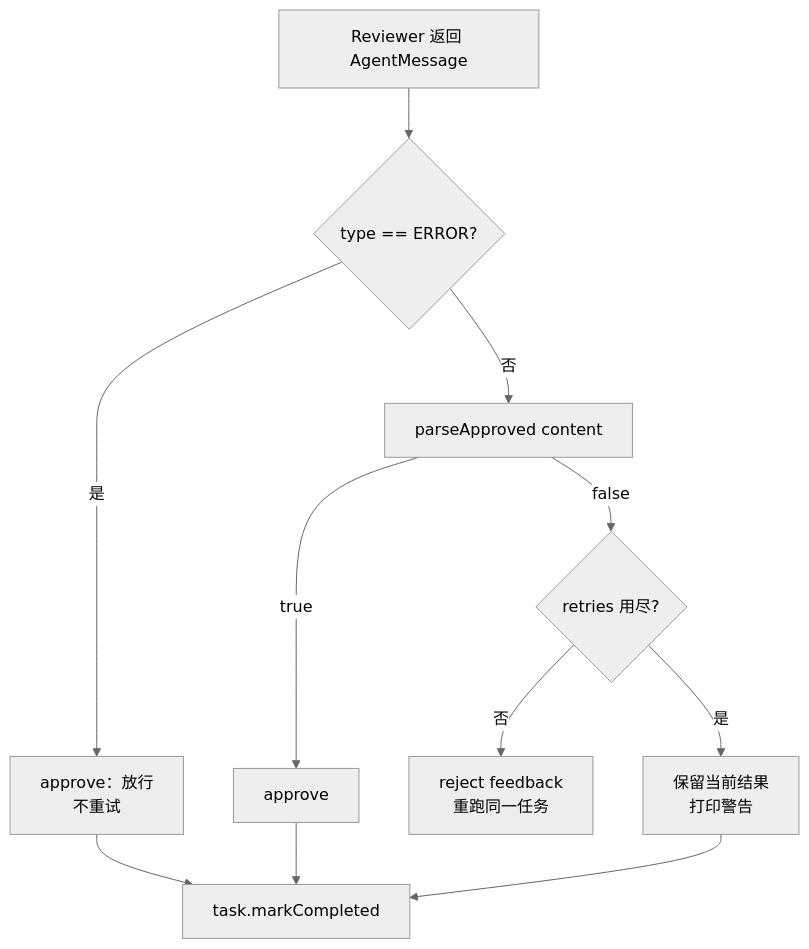
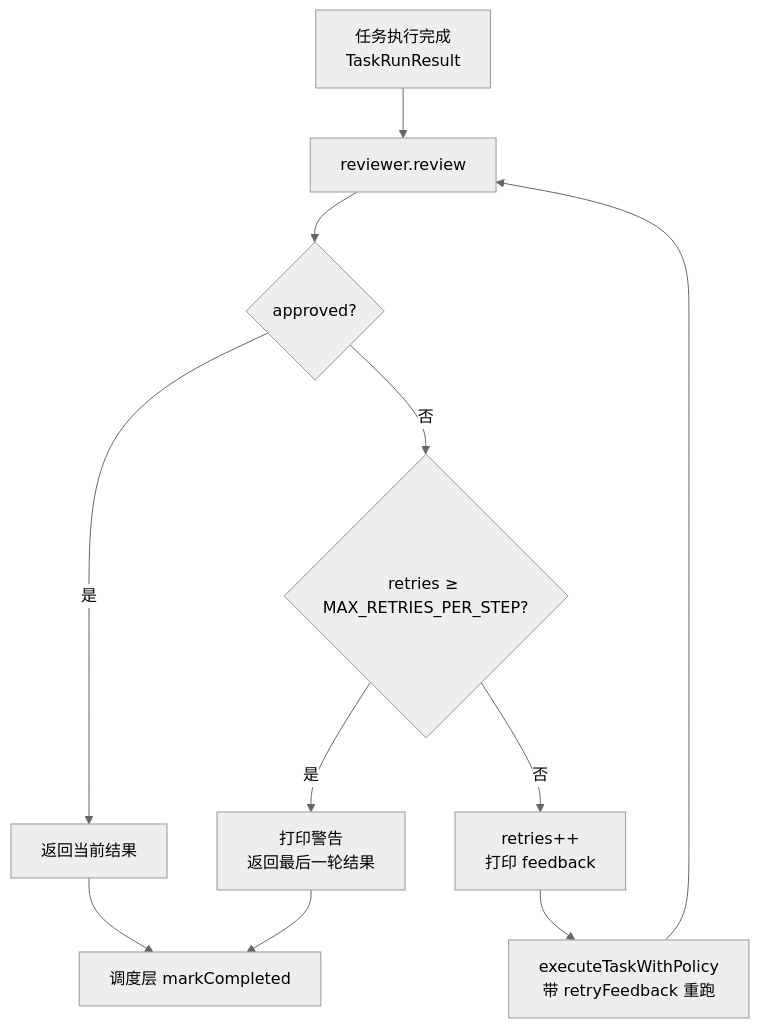
One commit to zgjdev/Code-Agent changed the eighth of 14 diagrams in docs/dev/03-multi-agent-collaboration.md. Above: the diagram before and after it, drawn with Mermaid (neutral theme). The commit also changed other lines of this file and 8 other files, not shown here.

````diff
--- a/docs/dev/03-multi-agent-collaboration.md
+++ b/docs/dev/03-multi-agent-collaboration.md
@@ -518,13 +1028,13 @@
 ```mermaid
 flowchart TD
-    A[Reviewer 返回 AgentMessage] --> B{type == ERROR?}
-    B -- 是 --> C[approve：放行<br/>不重试]
-    B -- 否 --> D[parseApproved content]
-    D -- true --> E[approve]
-    D -- false --> F{retries 用尽?}
-    F -- 否 --> G[reject feedback<br/>重跑同一任务]
-    F -- 是 --> H[保留当前结果<br/>打印警告]
-    C --> I[task.markCompleted]
-    E --> I
-    H --> I
+    A[任务执行完成<br/>TaskRunResult] --> B[reviewer.review]
+    B --> C{approved?}
+    C -- 是 --> D[返回当前结果]
+    C -- 否 --> E{retries ≥ MAX_RETRIES_PER_STEP?}
+    E -- 是 --> F[打印警告<br/>返回最后一轮结果]
+    E -- 否 --> G[retries++<br/>打印 feedback]
+    G --> H[executeTaskWithPolicy<br/>带 retryFeedback 重跑]
+    H --> B
+    D --> I[调度层 markCompleted]
+    F --> I
 ```
````
